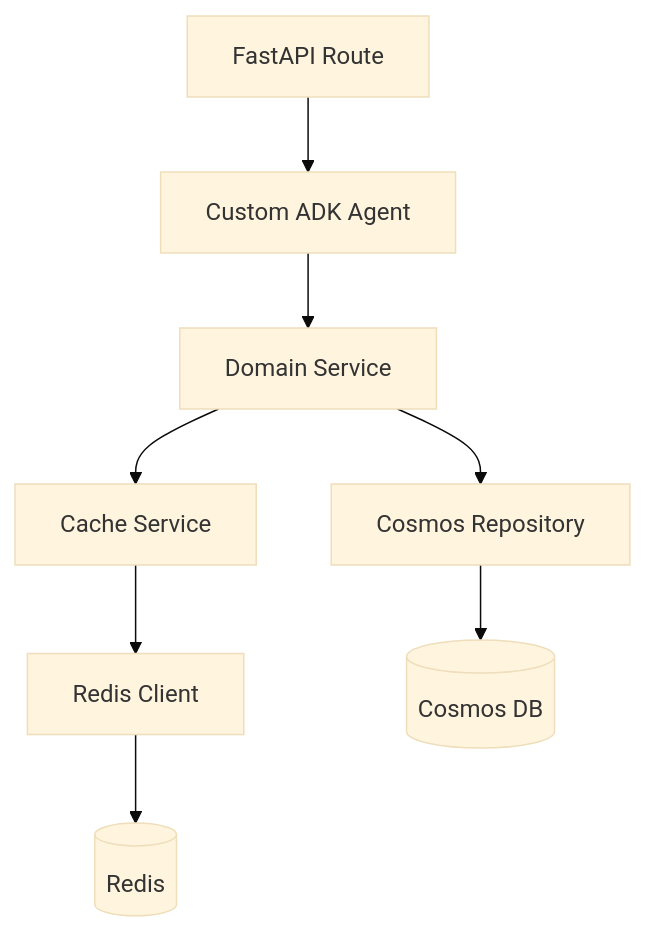
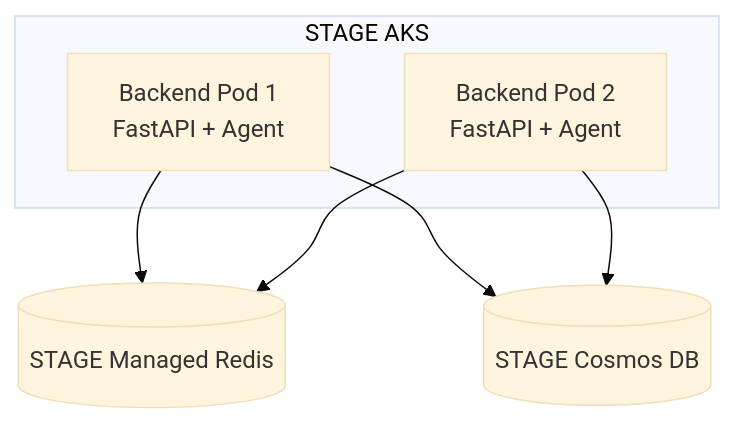
The third of 6 diagrams in README.md (raghav29061999/cicdautomation), drawn with Mermaid (base theme) before and after one commit. The commit also changed other lines of this file, not shown here.

````diff
--- a/README.md
+++ b/README.md
@@ -1516,33 +361,21 @@
 ```mermaid
 flowchart TD
 
-    ROUTE[FastAPI Route]
+    subgraph AKS[STAGE AKS]
 
-    AGENT[Custom ADK Agent]
+        P1[Backend Pod 1<br/>FastAPI + Agent]
 
-    DOMAIN[Domain Service]
+        P2[Backend Pod 2<br/>FastAPI + Agent]
 
-    CACHE[Cache Service]
+    end
 
-    REDISCLIENT[Redis Client]
+    REDIS[(STAGE Managed Redis)]
 
-    REPO[Cosmos Repository]
+    COSMOS[(STAGE Cosmos DB)]
 
-    REDIS[(Redis)]
+    P1 --> REDIS
+    P2 --> REDIS
 
-    COSMOS[(Cosmos DB)]
-
-    ROUTE --> AGENT
-
-    AGENT --> DOMAIN
-
-    DOMAIN --> CACHE
-
-    DOMAIN --> REPO
-
-    CACHE --> REDISCLIENT
-
-    REDISCLIENT --> REDIS
-
-    REPO --> COSMOS
+    P1 --> COSMOS
+    P2 --> COSMOS
 ```
````
